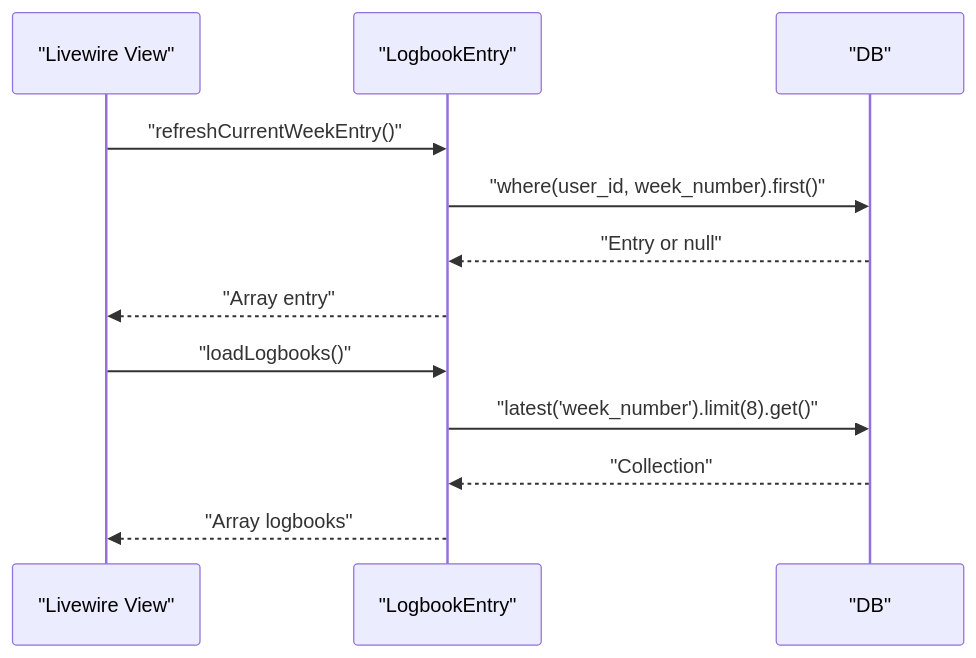
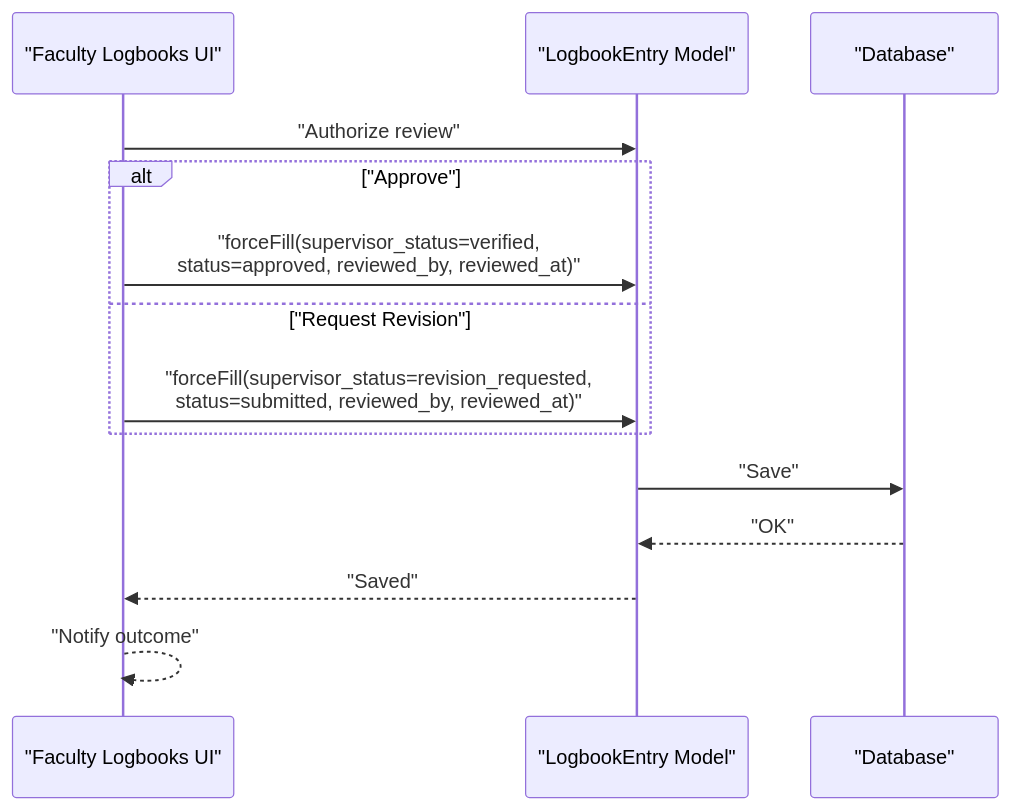
The sixth of 8 diagrams in .qoder/repowiki/en/content/Database Schema/Logbook Entries Table.md (puromed/internims), drawn with Mermaid before and after one commit. The commit also changed other lines of this file and 51 other files, not shown here.

````diff
--- a/.qoder/repowiki/en/content/Database Schema/Logbook Entries Table.md
+++ b/.qoder/repowiki/en/content/Database Schema/Logbook Entries Table.md
@@ -278,14 +250,16 @@
 ```mermaid
 sequenceDiagram
-participant UI as "Livewire View"
-participant Model as "LogbookEntry"
-participant DB as "DB"
-UI->>Model : "refreshCurrentWeekEntry()"
-Model->>DB : "where(user_id, week_number).first()"
-DB-->>Model : "Entry or null"
-Model-->>UI : "Array entry"
-UI->>Model : "loadLogbooks()"
-Model->>DB : "latest('week_number').limit(8).get()"
-DB-->>Model : "Collection"
-Model-->>UI : "Array logbooks"
+participant FacUI as "Faculty Logbooks UI"
+participant M as "LogbookEntry Model"
+participant DB as "Database"
+FacUI->>M : "Authorize review"
+alt "Approve"
+FacUI->>M : "forceFill(supervisor_status=verified,<br/>status=approved, reviewed_by, reviewed_at)"
+else "Request Revision"
+FacUI->>M : "forceFill(supervisor_status=revision_requested,<br/>status=submitted, reviewed_by, reviewed_at)"
+end
+M->>DB : "Save"
+DB-->>M : "OK"
+M-->>FacUI : "Saved"
+FacUI-->>FacUI : "Notify outcome"
 ```
````
